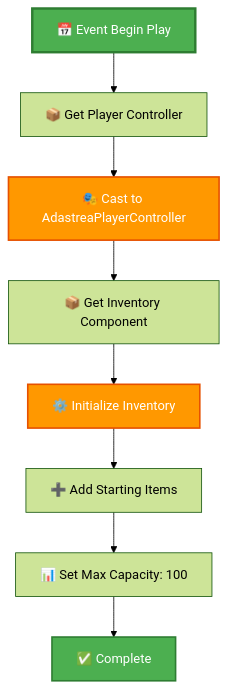
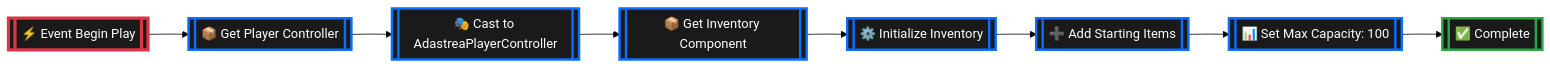
One commit to Mittenzx/Adastrea changed the first of 9 diagrams in BLUEPRINT_DISPLAY_EXAMPLES.md. Above: the diagram before and after it, drawn with Mermaid (forest theme). The commit also changed other lines of this file and 2 other files, not shown here.

First line of the commit message:
Update Mermaid diagrams with Unreal Engine node styling

````diff
--- a/BLUEPRINT_DISPLAY_EXAMPLES.md
+++ b/BLUEPRINT_DISPLAY_EXAMPLES.md
@@ -31,15 +31,19 @@
 ```mermaid
-graph TD
-    A[📅 Event Begin Play] --> B[📦 Get Player Controller]
-    B --> C[🎭 Cast to AdastreaPlayerController]
-    C --> D[📦 Get Inventory Component]
-    D --> E[⚙️ Initialize Inventory]
-    E --> F[➕ Add Starting Items]
-    F --> G[📊 Set Max Capacity: 100]
-    G --> H[✅ Complete]
+graph LR
+    A[["⚡ Event Begin Play"]] --> B[["📦 Get Player Controller"]]
+    B --> C[["🎭 Cast to AdastreaPlayerController"]]
+    C --> D[["📦 Get Inventory Component"]]
+    D --> E[["⚙️ Initialize Inventory"]]
+    E --> F[["➕ Add Starting Items"]]
+    F --> G[["📊 Set Max Capacity: 100"]]
+    G --> H[["✅ Complete"]]
     
-    style A fill:#4CAF50,stroke:#2E7D32,stroke-width:3px,color:#fff
-    style C fill:#FF9800,stroke:#E65100,stroke-width:2px,color:#fff
-    style E fill:#FF9800,stroke:#E65100,stroke-width:2px,color:#fff
-    style H fill:#4CAF50,stroke:#2E7D32,stroke-width:2px,color:#fff
+    style A fill:#1a1a1a,stroke:#DC3545,stroke-width:4px,color:#fff,rx:10,ry:10
+    style B fill:#1a1a1a,stroke:#0d6efd,stroke-width:3px,color:#fff,rx:10,ry:10
+    style C fill:#1a1a1a,stroke:#0d6efd,stroke-width:3px,color:#fff,rx:10,ry:10
+    style D fill:#1a1a1a,stroke:#0d6efd,stroke-width:3px,color:#fff,rx:10,ry:10
+    style E fill:#1a1a1a,stroke:#0d6efd,stroke-width:3px,color:#fff,rx:10,ry:10
+    style F fill:#1a1a1a,stroke:#0d6efd,stroke-width:3px,color:#fff,rx:10,ry:10
+    style G fill:#1a1a1a,stroke:#0d6efd,stroke-width:3px,color:#fff,rx:10,ry:10
+    style H fill:#1a1a1a,stroke:#28a745,stroke-width:3px,color:#fff,rx:10,ry:10
 ```
````
